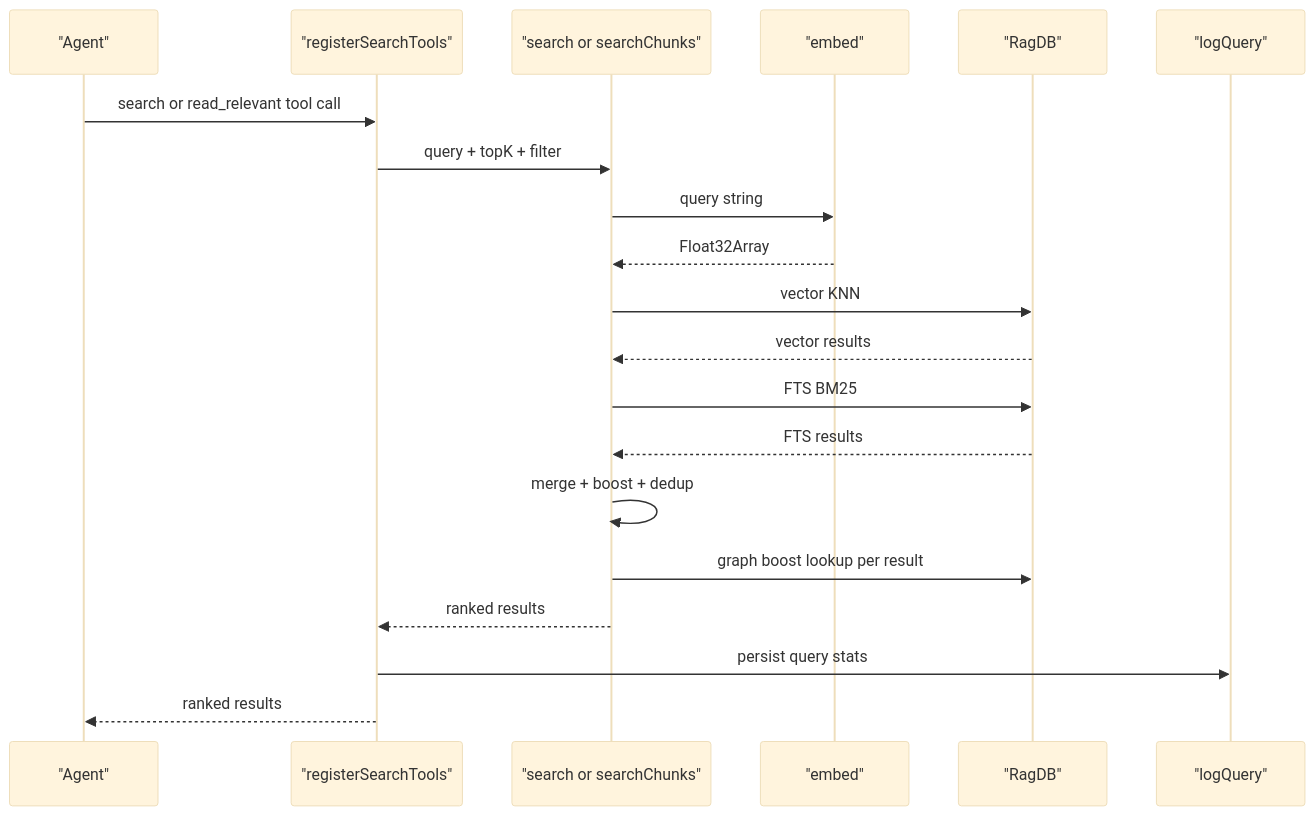
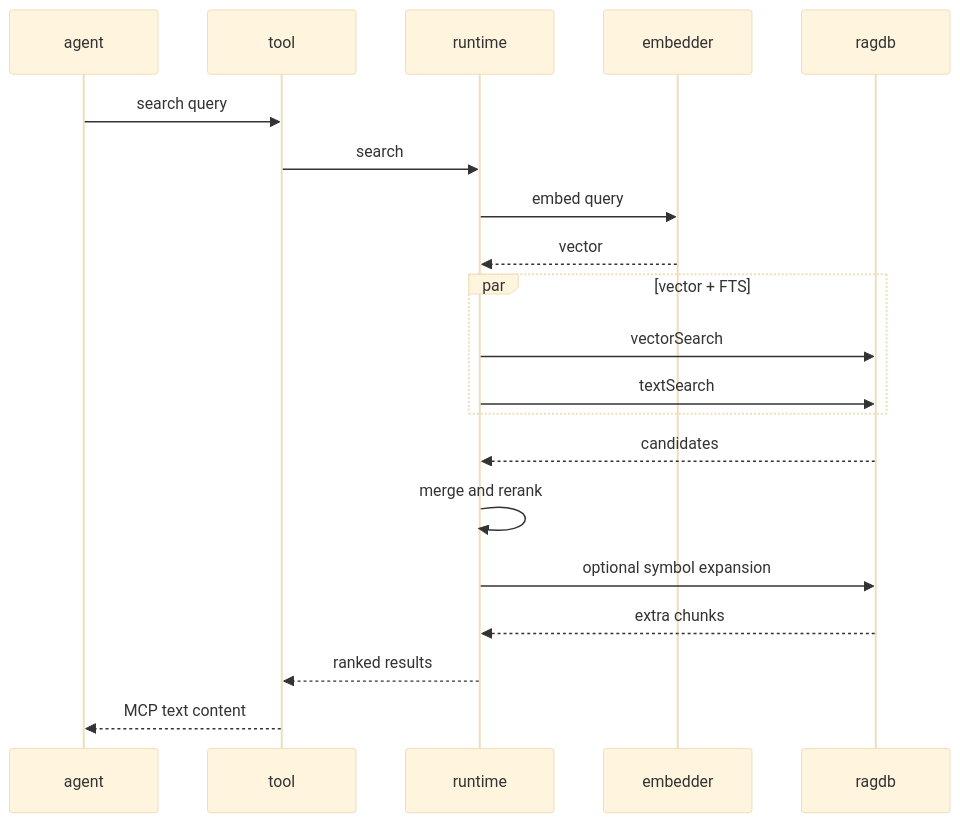
The first of 3 diagrams in wiki/data-flows.md (TheWinci/mimirs), drawn with Mermaid (base theme) before and after one commit. The commit also changed other lines of this file and 36 other files, not shown here.

````diff
--- a/wiki/data-flows.md
+++ b/wiki/data-flows.md
@@ -15,23 +15,22 @@
 ```mermaid
 sequenceDiagram
-    participant agent as "Agent"
-    participant searchTool as "registerSearchTools"
-    participant hybridFn as "search or searchChunks"
-    participant embedFn as "embed"
-    participant ragDB as "RagDB"
-    participant logFn as "logQuery"
-
-    agent->>searchTool: search or read_relevant tool call
-    searchTool->>hybridFn: query + topK + filter
-    hybridFn->>embedFn: query string
-    embedFn-->>hybridFn: Float32Array
-    hybridFn->>ragDB: vector KNN
-    ragDB-->>hybridFn: vector results
-    hybridFn->>ragDB: FTS BM25
-    ragDB-->>hybridFn: FTS results
-    hybridFn->>hybridFn: merge + boost + dedup
-    hybridFn->>ragDB: graph boost lookup per result
-    hybridFn-->>searchTool: ranked results
-    searchTool->>logFn: persist query stats
-    searchTool-->>agent: ranked results
+  participant agent
+  participant tool
+  participant runtime
+  participant embedder
+  participant ragdb
+  agent->>tool: search query
+  tool->>runtime: search
+  runtime->>embedder: embed query
+  embedder-->>runtime: vector
+  par vector + FTS
+    runtime->>ragdb: vectorSearch
+    runtime->>ragdb: textSearch
+  end
+  ragdb-->>runtime: candidates
+  runtime->>runtime: merge and rerank
+  runtime->>ragdb: optional symbol expansion
+  ragdb-->>runtime: extra chunks
+  runtime-->>tool: ranked results
+  tool-->>agent: MCP text content
 ```
````
